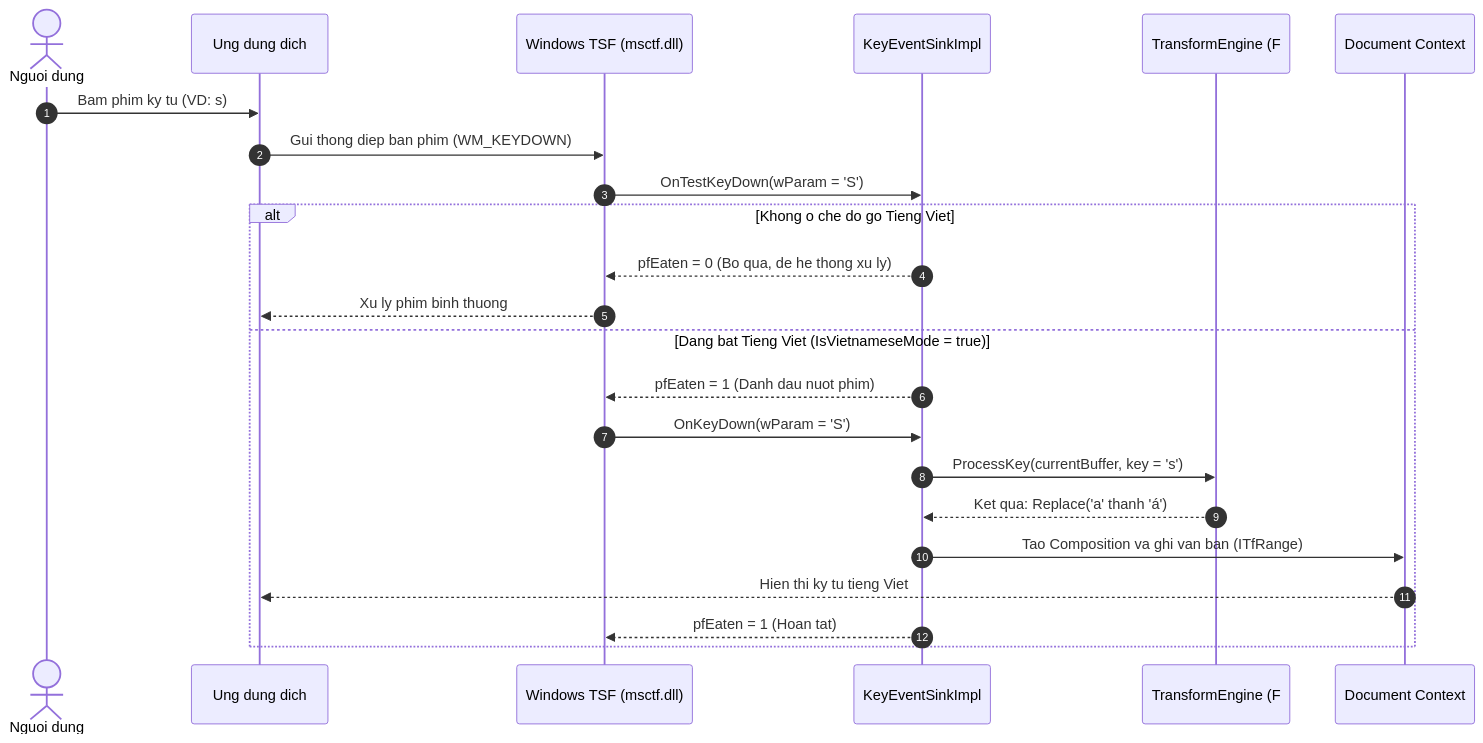
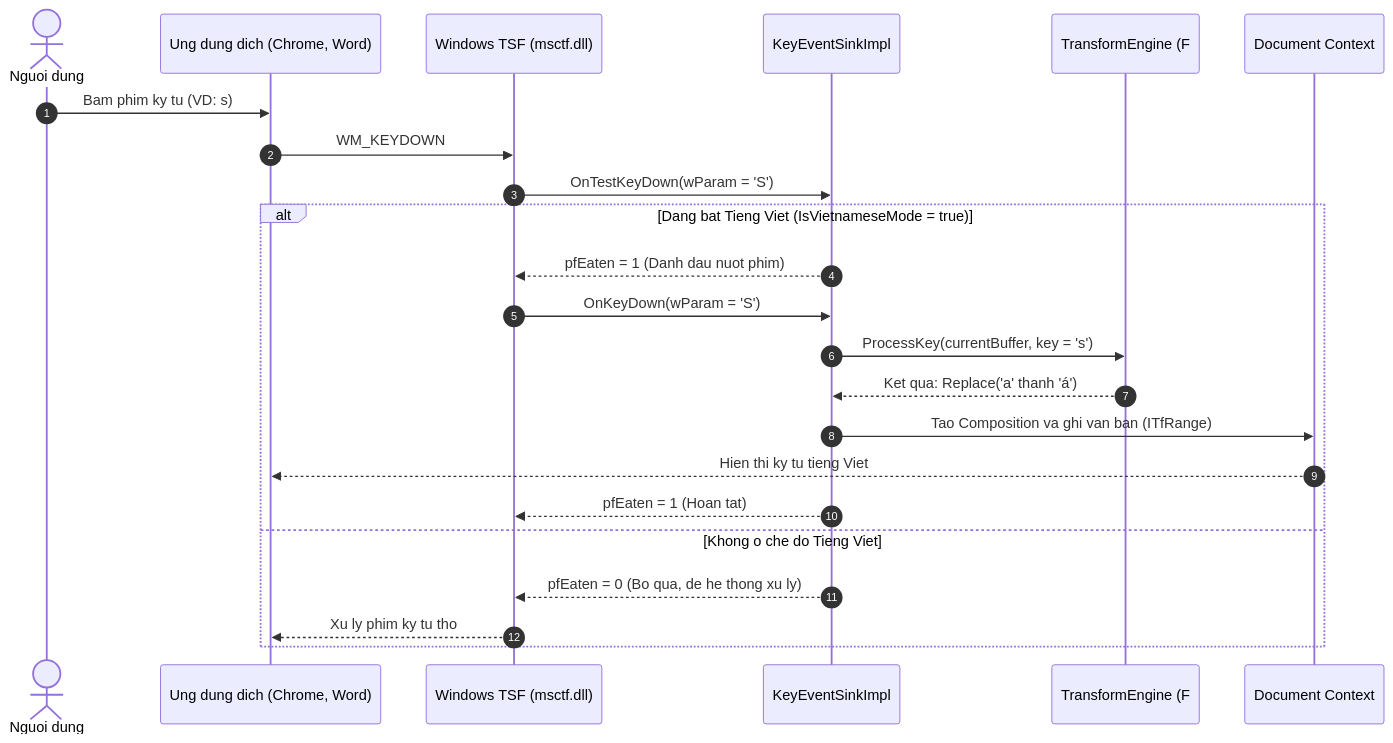
The second of 4 diagrams in docs/SYSTEM_ARCHITECTURE.md (thatislg/BambooMintKey), drawn with Mermaid before and after one commit. The commit also changed other lines of this file and 3 other files, not shown here.

````diff
--- a/docs/SYSTEM_ARCHITECTURE.md
+++ b/docs/SYSTEM_ARCHITECTURE.md
@@ -182,27 +206,27 @@
 ```mermaid
 sequenceDiagram
     autonumber
     actor User as Nguoi dung
-    participant App as Ung dung dich
+    participant App as Ung dung dich (Chrome, Word)
     participant TSF as Windows TSF (msctf.dll)
     participant Sink as KeyEventSinkImpl
     participant Core as TransformEngine (F#)
     participant Target as Document Context
 
     User->>App: Bam phim ky tu (VD: s)
-    App->>TSF: Gui thong diep ban phim (WM_KEYDOWN)
+    App->>TSF: WM_KEYDOWN
     TSF->>Sink: OnTestKeyDown(wParam = 'S')
     
-    alt Khong o che do go Tieng Viet
-        Sink-->>TSF: pfEaten = 0 (Bo qua, de he thong xu ly)
-        TSF-->>App: Xu ly phim binh thuong
-    else Dang bat Tieng Viet (IsVietnameseMode = true)
+    alt Dang bat Tieng Viet (IsVietnameseMode = true)
         Sink-->>TSF: pfEaten = 1 (Danh dau nuot phim)
         TSF->>Sink: OnKeyDown(wParam = 'S')
         Sink->>Core: ProcessKey(currentBuffer, key = 's')
         Core-->>Sink: Ket qua: Replace('a' thanh 'á')
         Sink->>Target: Tao Composition va ghi van ban (ITfRange)
         Target-->>App: Hien thi ky tu tieng Viet
         Sink-->>TSF: pfEaten = 1 (Hoan tat)
+    else Khong o che do Tieng Viet
+        Sink-->>TSF: pfEaten = 0 (Bo qua, de he thong xu ly)
+        TSF-->>App: Xu ly phim ky tu tho
     end
 ```
````
